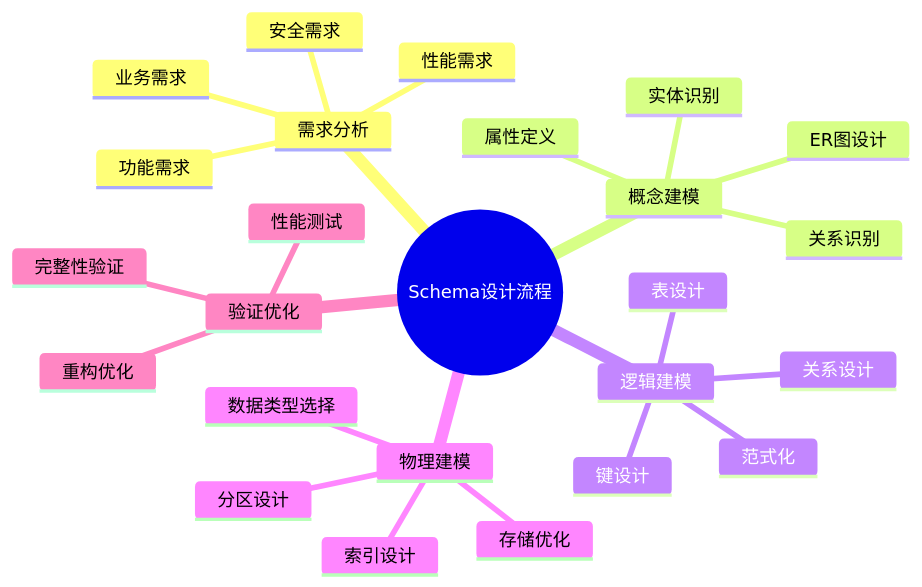
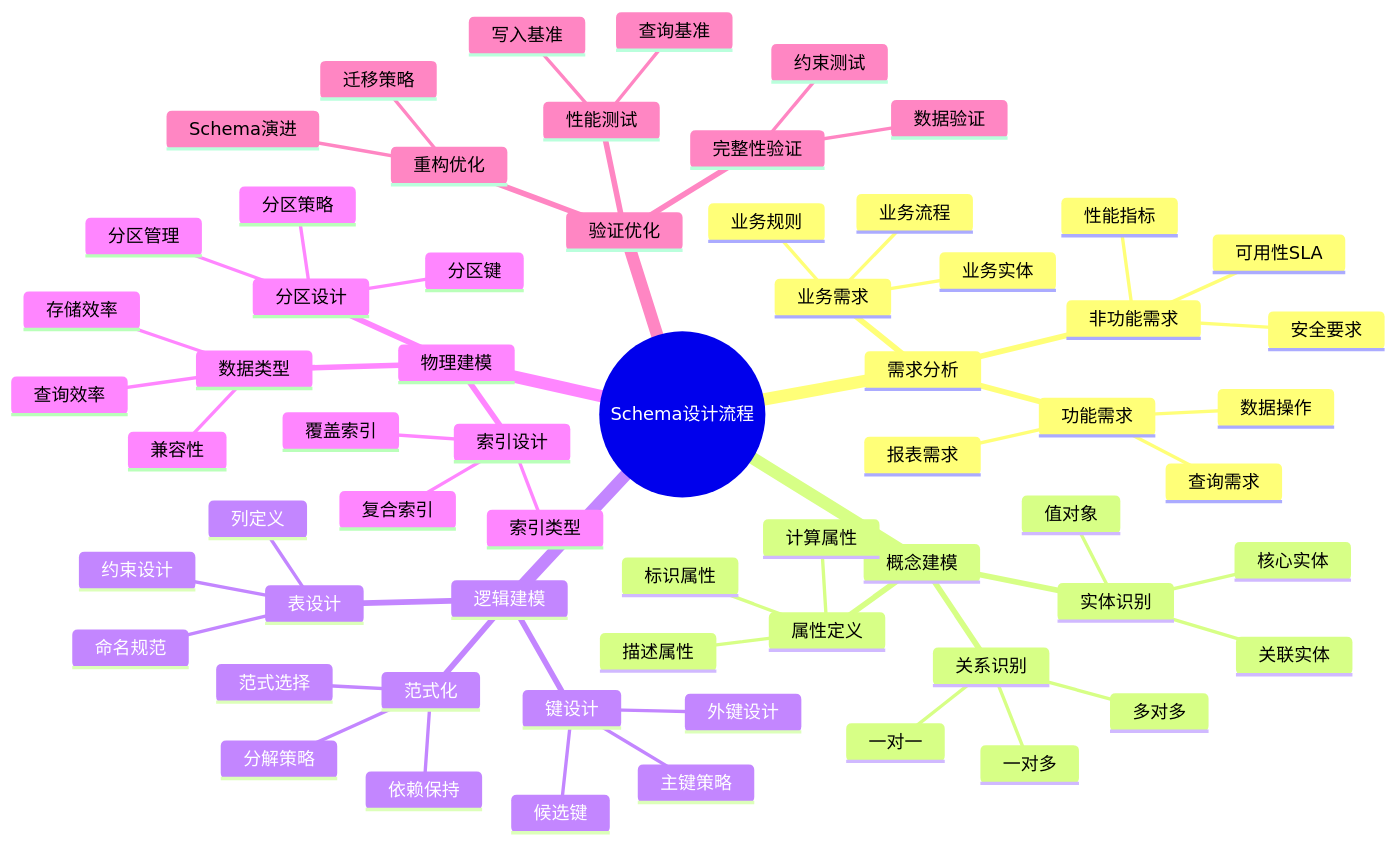
One commit to AdaMartin18010/Data-Science changed the sixth of 24 diagrams in Design/07-数据库设计实践/07.01-Schema设计方法论.md. Above: the diagram before and after it, drawn with Mermaid. The commit also changed other lines of this file and 55 other files, not shown here.

````diff
--- a/Design/07-数据库设计实践/07.01-Schema设计方法论.md
+++ b/Design/07-数据库设计实践/07.01-Schema设计方法论.md
@@ -92,28 +424,66 @@
 ```mermaid
 mindmap
   root((Schema设计流程))
     需求分析
       业务需求
+        业务流程
+        业务规则
+        业务实体
       功能需求
-      性能需求
-      安全需求
+        数据操作
+        查询需求
+        报表需求
+      非功能需求
+        性能指标
+        安全要求
+        可用性SLA
     概念建模
       实体识别
+        核心实体
+        关联实体
+        值对象
       关系识别
+        一对一
+        一对多
+        多对多
       属性定义
-      ER图设计
+        标识属性
+        描述属性
+        计算属性
     逻辑建模
       表设计
+        命名规范
+        列定义
+        约束设计
       键设计
-      关系设计
+        主键策略
+        外键设计
+        候选键
       范式化
+        范式选择
+        分解策略
+        依赖保持
     物理建模
-      数据类型选择
+      数据类型
+        存储效率
+        查询效率
+        兼容性
       索引设计
+        索引类型
+        复合索引
+        覆盖索引
       分区设计
-      存储优化
+        分区策略
+        分区键
+        分区管理
     验证优化
       完整性验证
+        约束测试
+        数据验证
       性能测试
+        查询基准
+        写入基准
       重构优化
+        Schema演进
+        迁移策略
 ```
````
